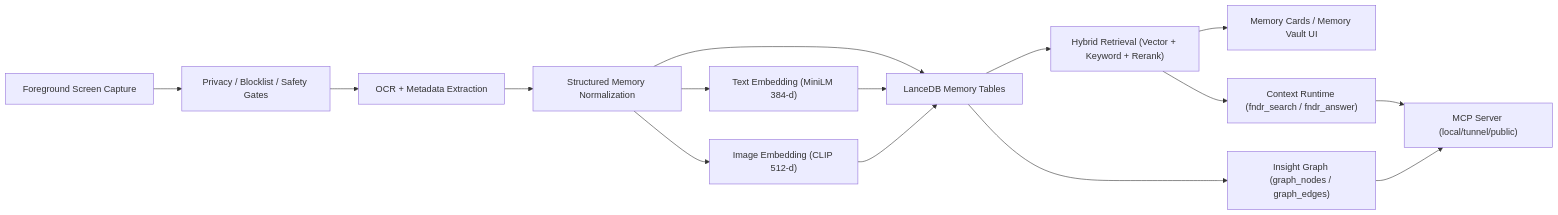
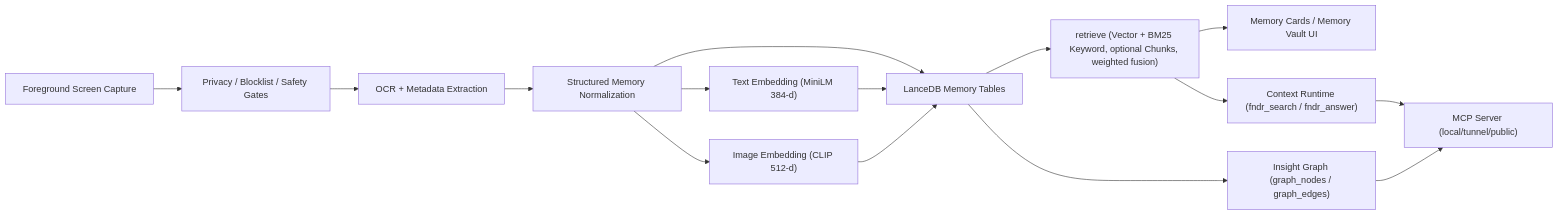
The diagram in README.md (anurupkumar18/FNDR), drawn with Mermaid before and after one commit. The commit also changed other lines of this file and 1 other file, not shown here.

````diff
--- a/README.md
+++ b/README.md
@@ -74,17 +76,17 @@
 ```mermaid
 flowchart LR
     A["Foreground Screen Capture"] --> B["Privacy / Blocklist / Safety Gates"]
     B --> C["OCR + Metadata Extraction"]
     C --> D["Structured Memory Normalization"]
     D --> E["Text Embedding (MiniLM 384-d)"]
     D --> F["Image Embedding (CLIP 512-d)"]
     D --> G["LanceDB Memory Tables"]
     E --> G
     F --> G
-    G --> H["Hybrid Retrieval (Vector + Keyword + Rerank)"]
+    G --> H["retrieve (Vector + BM25 Keyword, optional Chunks, weighted fusion)"]
     H --> I["Memory Cards / Memory Vault UI"]
     H --> J["Context Runtime (fndr_search / fndr_answer)"]
     G --> K["Insight Graph (graph_nodes / graph_edges)"]
     J --> L["MCP Server (local/tunnel/public)"]
     K --> L
 ```
````
